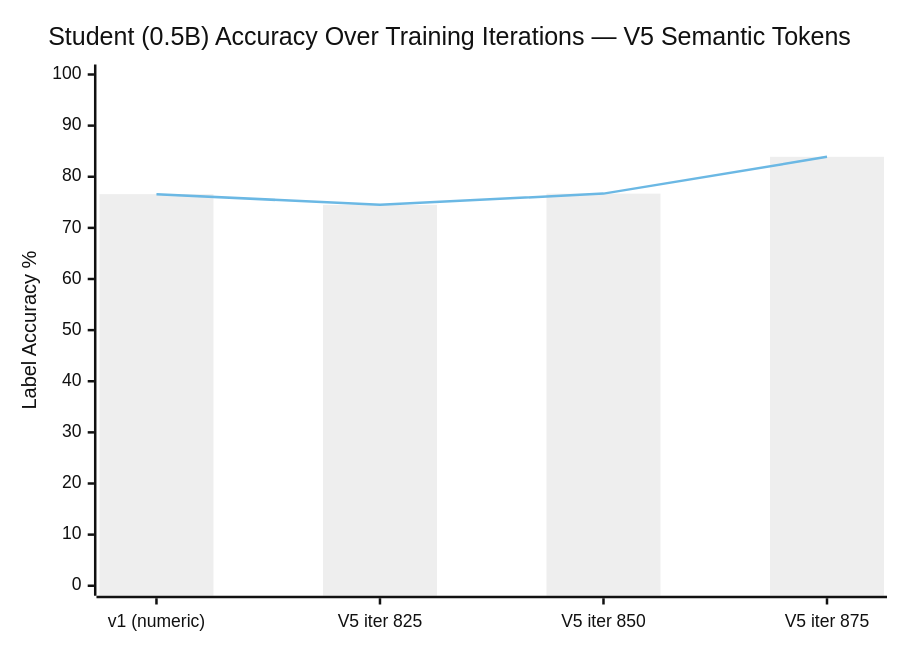
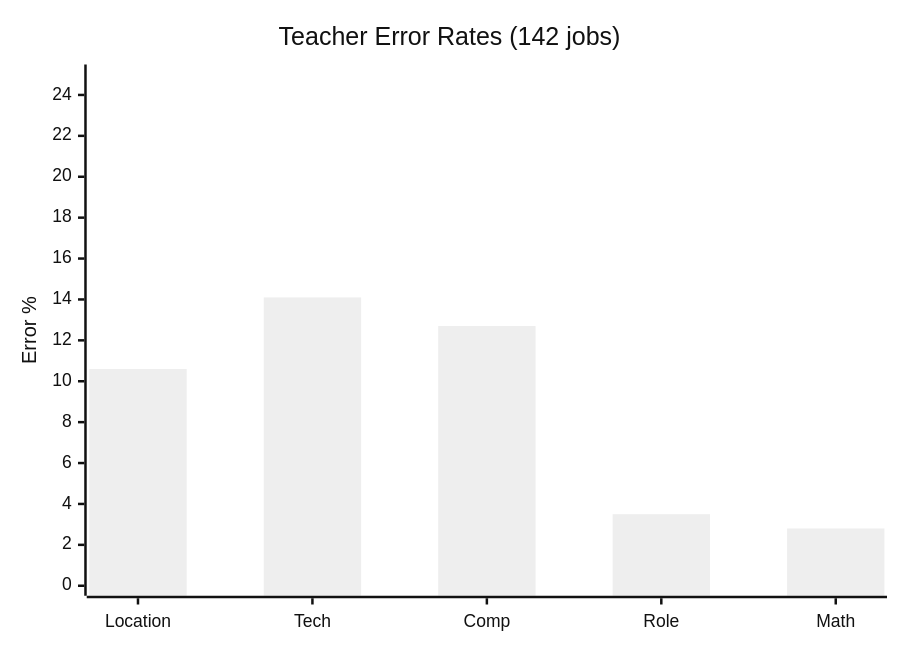
The second of 3 diagrams in README.md (FaisalFehad/llm_eval_harness), drawn with Mermaid (neutral theme) before and after one commit. The commit also changed other lines of this file and 3 other files, not shown here.

````diff
--- a/README.md
+++ b/README.md
@@ -54,8 +255,7 @@
 ```mermaid
 xychart-beta
-    title "Student (0.5B) Accuracy Over Training Iterations — V5 Semantic Tokens"
-    x-axis ["v1 (numeric)", "V5 iter 825", "V5 iter 850", "V5 iter 875"]
-    y-axis "Label Accuracy %" 0 --> 100
-    bar [76.6, 74.5, 76.7, 83.9]
-    line [76.6, 74.5, 76.7, 83.9]
+    title "Teacher Error Rates (142 jobs)"
+    x-axis ["Location", "Tech", "Comp", "Role", "Math"]
+    y-axis "Error %" 0 --> 25
+    bar [10.6, 14.1, 12.7, 3.5, 2.8]
 ```
````
